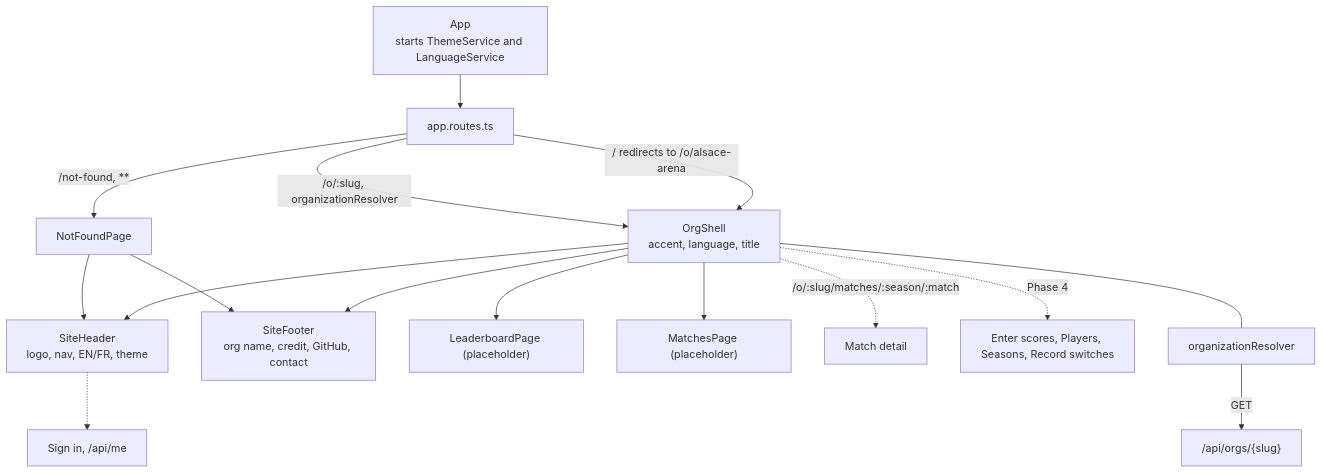
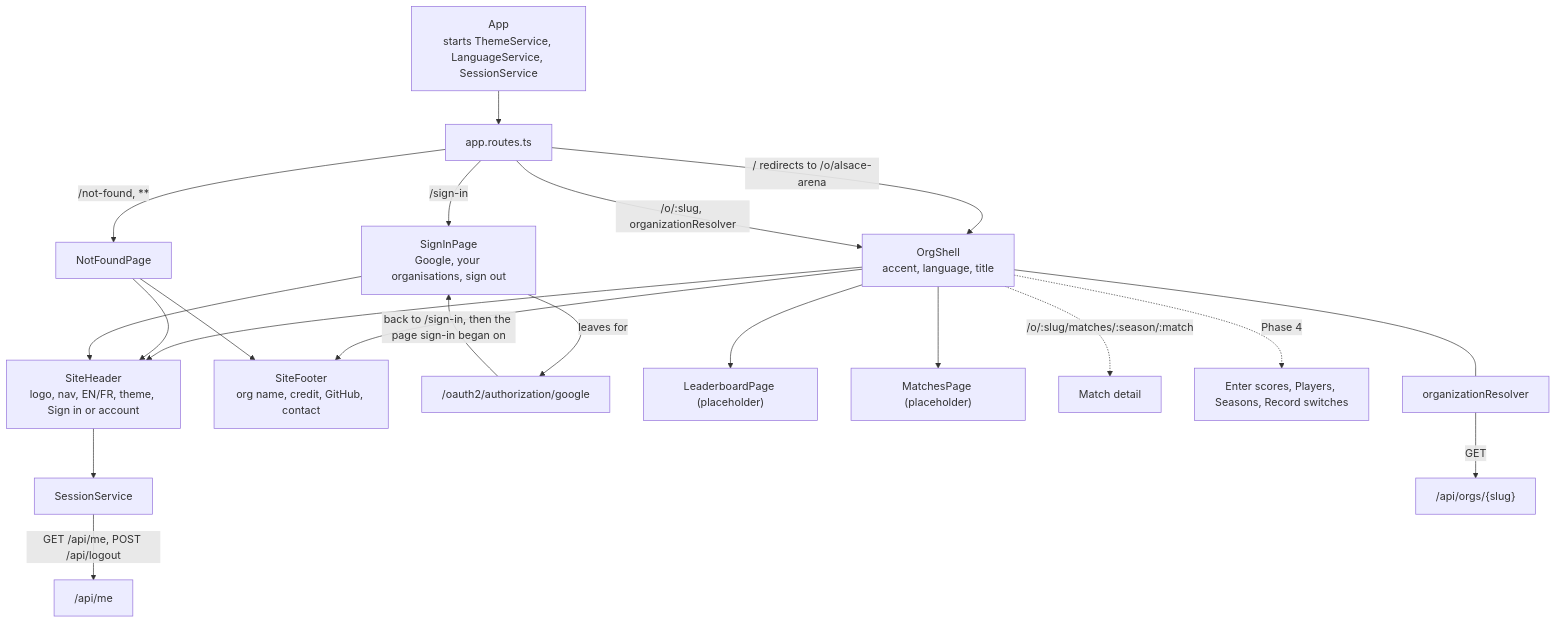
Before and after one commit to irmahs-labs/tournament-leaderboard: the sixth of 7 diagrams in docs/context-graph.md, drawn with Mermaid. The commit also changed other lines of this file and 20 other files, not shown here.

First line of the commit message:
feat: sign in with Google from the header

````diff
--- a/docs/context-graph.md
+++ b/docs/context-graph.md
@@ -145,18 +145,22 @@
 ```mermaid
 flowchart TD
-    app[App<br/>starts ThemeService and LanguageService] --> routes[app.routes.ts]
+    app[App<br/>starts ThemeService, LanguageService, SessionService] --> routes[app.routes.ts]
     routes -->|"/ redirects to /o/alsace-arena"| shell
     routes -->|"/o/:slug, organizationResolver"| shell[OrgShell<br/>accent, language, title]
     routes -->|"/not-found, **"| nf[NotFoundPage]
-    shell --> header[SiteHeader<br/>logo, nav, EN/FR, theme]
+    routes -->|"/sign-in"| si[SignInPage<br/>Google, your organisations, sign out]
+    shell --> header[SiteHeader<br/>logo, nav, EN/FR, theme, Sign in or account]
     shell --> footer[SiteFooter<br/>org name, credit, GitHub, contact]
     nf --> header
     nf --> footer
+    si --> header
+    si -->|"leaves for"| google["/oauth2/authorization/google"]
+    google -->|"back to /sign-in, then the page sign-in began on"| si
+    header --> session[SessionService] -->|GET /api/me, POST /api/logout| meApi["/api/me"]
     shell --> lb["LeaderboardPage (placeholder)"]
     shell --> mt["MatchesPage (placeholder)"]
     shell -.->|"/o/:slug/matches/:season/:match"| md[Match detail]
-    header -.-> signin[Sign in, /api/me]
     shell -.->|Phase 4| adm[Enter scores, Players, Seasons, Record switches]
     resolver[organizationResolver] -->|GET| orgApi["/api/orgs/{slug}"]
     shell --- resolver
 ```
````
